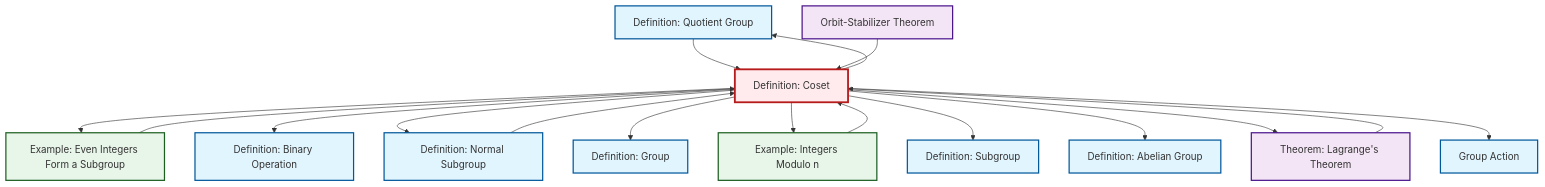
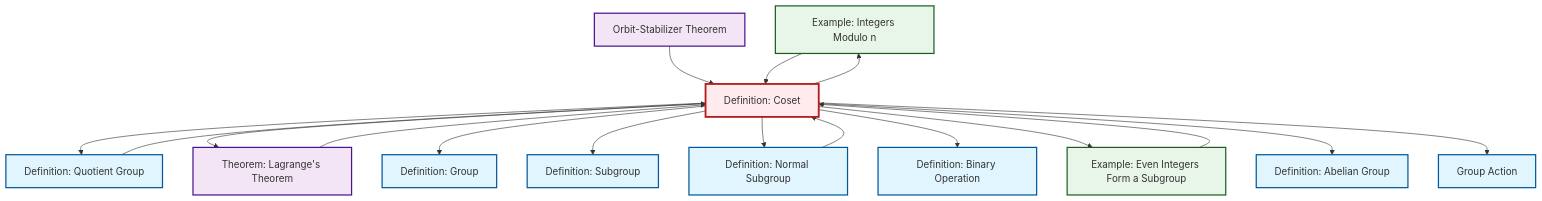
One commit to RK0429/ModernMath changed the diagram in content/en/algebra/def-coset.qmd. Above: the diagram before and after it, drawn with Mermaid. The commit also changed other lines of this file and 36 other files, not shown here.

````diff
--- a/content/en/algebra/def-coset.qmd
+++ b/content/en/algebra/def-coset.qmd
@@ -161,49 +162,49 @@
 ```{mermaid}
 %%| fig-cap: "Local dependency graph"
 graph TD
     classDef definition fill:#e1f5fe,stroke:#01579b,stroke-width:2px
     classDef theorem fill:#f3e5f5,stroke:#4a148c,stroke-width:2px
     classDef axiom fill:#fff3e0,stroke:#e65100,stroke-width:2px
     classDef example fill:#e8f5e9,stroke:#1b5e20,stroke-width:2px
     classDef current fill:#ffebee,stroke:#b71c1c,stroke-width:3px
+    ex-quotient-integers-mod-n["Example: Integers Modulo n"]:::example
+    def-group["Definition: Group"]:::definition
+    def-coset["Definition: Coset"]:::definition
+    thm-lagrange["Theorem: Lagrange's Theorem"]:::theorem
     def-quotient-group["Definition: Quotient Group"]:::definition
-    def-group-action["Group Action"]:::definition
+    def-binary-operation["Definition: Binary Operation"]:::definition
+    def-subgroup["Definition: Subgroup"]:::definition
+    thm-orbit-stabilizer["Orbit-Stabilizer Theorem"]:::theorem
     ex-even-integers-subgroup["Example: Even Integers Form a Subgroup"]:::example
     def-abelian-group["Definition: Abelian Group"]:::definition
-    def-subgroup["Definition: Subgroup"]:::definition
-    ex-quotient-integers-mod-n["Example: Integers Modulo n"]:::example
-    def-group["Definition: Group"]:::definition
-    def-binary-operation["Definition: Binary Operation"]:::definition
+    def-group-action["Group Action"]:::definition
     def-normal-subgroup["Definition: Normal Subgroup"]:::definition
-    thm-orbit-stabilizer["Orbit-Stabilizer Theorem"]:::theorem
-    def-coset["Definition: Coset"]:::definition
-    thm-lagrange["Theorem: Lagrange's Theorem"]:::theorem
+    def-coset --> def-quotient-group
     ex-even-integers-subgroup --> def-coset
+    def-coset --> thm-lagrange
+    def-coset --> def-group
+    def-coset --> def-subgroup
+    thm-orbit-stabilizer --> def-coset
+    def-quotient-group --> def-coset
+    def-coset --> def-normal-subgroup
+    ex-quotient-integers-mod-n --> def-coset
+    def-normal-subgroup --> def-coset
+    def-coset --> def-binary-operation
     def-coset --> ex-even-integers-subgroup
-    def-coset --> def-binary-operation
-    def-coset --> def-normal-subgroup
-    def-coset --> def-quotient-group
-    def-coset --> def-group
+    thm-lagrange --> def-coset
+    def-coset --> def-abelian-group
     def-coset --> ex-quotient-integers-mod-n
-    def-coset --> def-subgroup
-    def-coset --> def-abelian-group
-    thm-lagrange --> def-coset
-    def-coset --> thm-lagrange
-    ex-quotient-integers-mod-n --> def-coset
-    def-quotient-group --> def-coset
-    def-normal-subgroup --> def-coset
-    thm-orbit-stabilizer --> def-coset
     def-coset --> def-group-action
     class def-coset current
+    click ex-quotient-integers-mod-n "ex-quotient-integers-mod-n.html" "Go to Integers Modulo n example"
+    click def-group "def-group.html" "Go to Group definition"
+    click thm-lagrange "thm-lagrange.html" "Go to Lagrange's Theorem theorem"
     click def-quotient-group "def-quotient-group.html" "Go to Quotient Group definition"
-    click def-group-action "def-group-action.html" "Go to Group Action"
+    click def-binary-operation "def-binary-operation.html" "Go to Binary Operation definition"
+    click def-subgroup "def-subgroup.html" "Go to Subgroup definition"
+    click thm-orbit-stabilizer "thm-orbit-stabilizer.html" "Go to Orbit-Stabilizer Theorem"
     click ex-even-integers-subgroup "ex-even-integers-subgroup.html" "Go to Even Integers Form a Subgroup example"
     click def-abelian-group "def-abelian-group.html" "Go to Abelian Group definition"
-    click def-subgroup "def-subgroup.html" "Go to Subgroup definition"
-    click ex-quotient-integers-mod-n "ex-quotient-integers-mod-n.html" "Go to Integers Modulo n example"
-    click def-group "def-group.html" "Go to Group definition"
-    click def-binary-operation "def-binary-operation.html" "Go to Binary Operation definition"
+    click def-group-action "def-group-action.html" "Go to Group Action"
     click def-normal-subgroup "def-normal-subgroup.html" "Go to Normal Subgroup definition"
-    click thm-orbit-stabilizer "thm-orbit-stabilizer.html" "Go to Orbit-Stabilizer Theorem"
-    click thm-lagrange "thm-lagrange.html" "Go to Lagrange's Theorem theorem"
 ```
````
